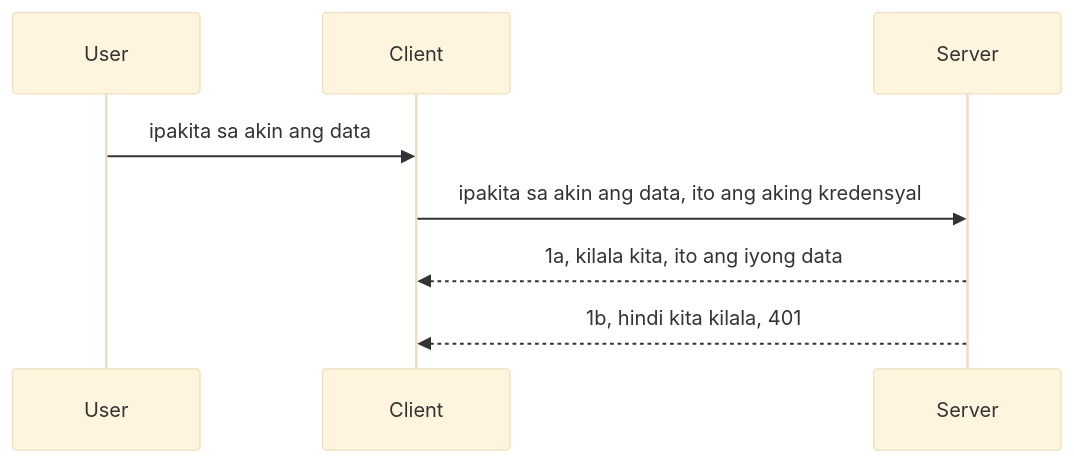
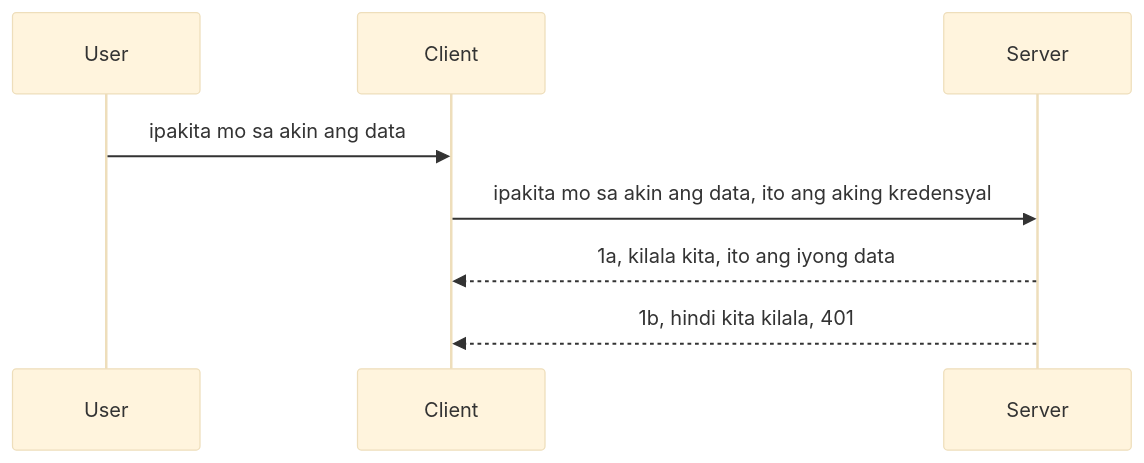
The diagram in mcp_ecosystem__model_context_protocol/mcp_learning_resources/mcp-for-beginners/translations/tl/03-GettingStarted/11-simple-auth/README.md (HIDORAKAI002/ai-workspace-archive), drawn with Mermaid (base theme) before and after one commit. The commit also changed other lines of this file and 1160 other files, not shown here.

````diff
--- a/mcp_ecosystem__model_context_protocol/mcp_learning_resources/mcp-for-beginners/translations/tl/03-GettingStarted/11-simple-auth/README.md
+++ b/mcp_ecosystem__model_context_protocol/mcp_learning_resources/mcp-for-beginners/translations/tl/03-GettingStarted/11-simple-auth/README.md
@@ -24,11 +24,11 @@
 ```mermaid
 sequenceDiagram
    participant User
    participant Client
    participant Server
 
-   User->>Client: ipakita sa akin ang data
-   Client->>Server: ipakita sa akin ang data, ito ang aking kredensyal
+   User->>Client: ipakita mo sa akin ang data
+   Client->>Server: ipakita mo sa akin ang data, ito ang aking kredensyal
    Server-->>Client: 1a, kilala kita, ito ang iyong data
    Server-->>Client: 1b, hindi kita kilala, 401 
 ```
````
